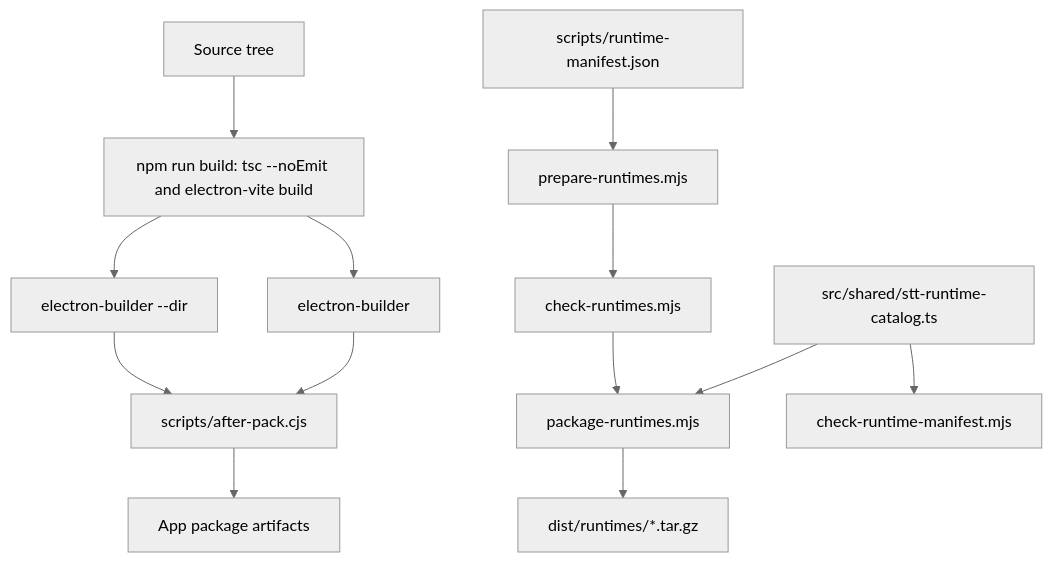
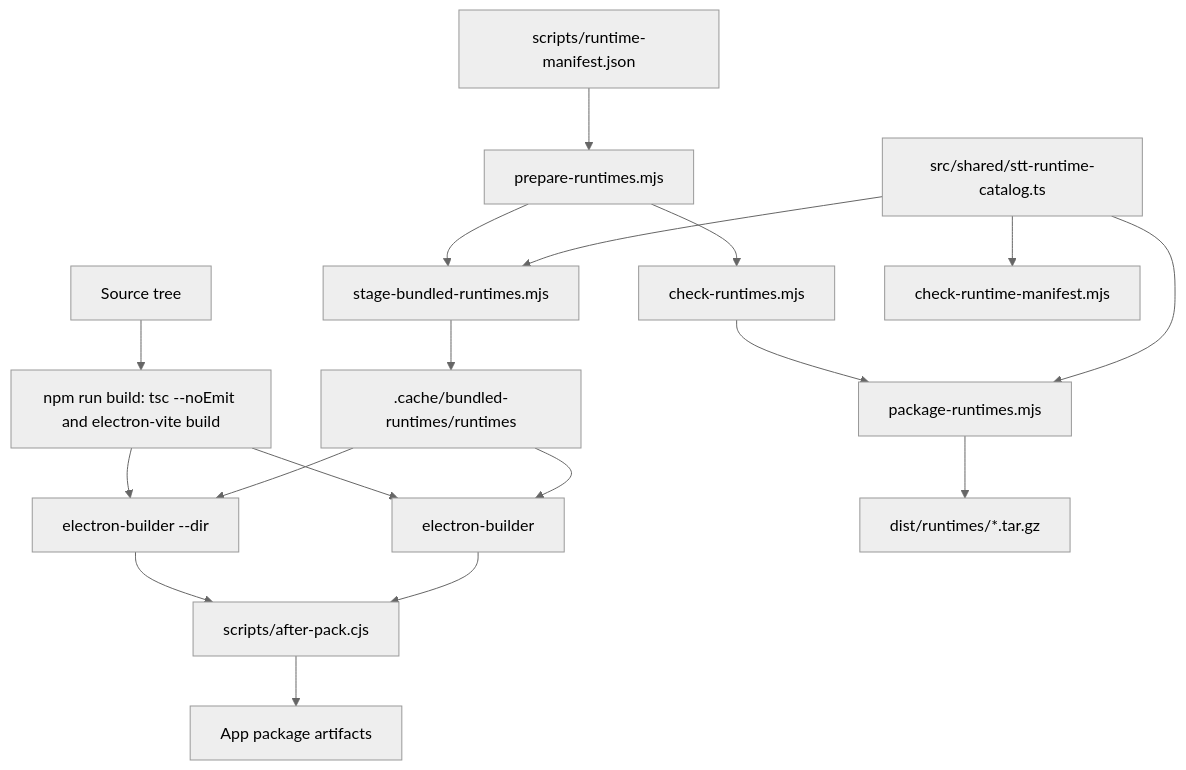
One commit to strxnd/murmur changed the diagram in docs/development/release-and-packaging.md. Above: the diagram before and after it, drawn with Mermaid (neutral theme). The commit also changed other lines of this file and 14 other files, not shown here.

````diff
--- a/docs/development/release-and-packaging.md
+++ b/docs/development/release-and-packaging.md
@@ -5,23 +5,28 @@
 ```mermaid
 flowchart TD
   Source["Source tree"]
   Build["npm run build: tsc --noEmit and electron-vite build"]
   Pack["electron-builder --dir"]
   Dist["electron-builder"]
   AfterPack["scripts/after-pack.cjs"]
   AppArtifacts["App package artifacts"]
 
   RuntimeManifest["scripts/runtime-manifest.json"]
   Prepare["prepare-runtimes.mjs"]
+  Stage["stage-bundled-runtimes.mjs"]
   Doctor["check-runtimes.mjs"]
   PackageRuntime["package-runtimes.mjs"]
   ManifestCheck["check-runtime-manifest.mjs"]
   RuntimeCatalog["src/shared/stt-runtime-catalog.ts"]
   RuntimeArchives["dist/runtimes/*.tar.gz"]
+  BundledRuntimes[".cache/bundled-runtimes/runtimes"]
 
   Source --> Build --> Pack --> AfterPack --> AppArtifacts
   Build --> Dist --> AfterPack
+  Prepare --> Stage --> BundledRuntimes --> Pack
+  BundledRuntimes --> Dist
   RuntimeManifest --> Prepare --> Doctor --> PackageRuntime --> RuntimeArchives
   RuntimeCatalog --> PackageRuntime
   RuntimeCatalog --> ManifestCheck
+  RuntimeCatalog --> Stage
 ```
````
